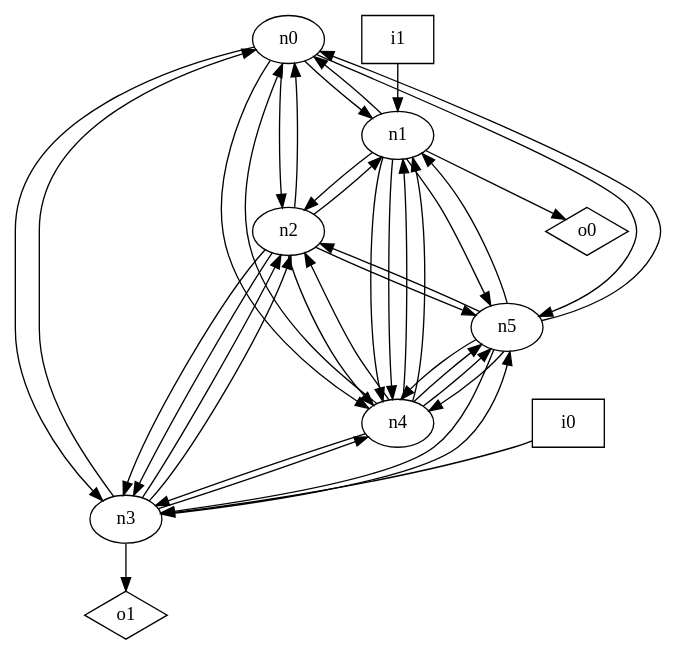
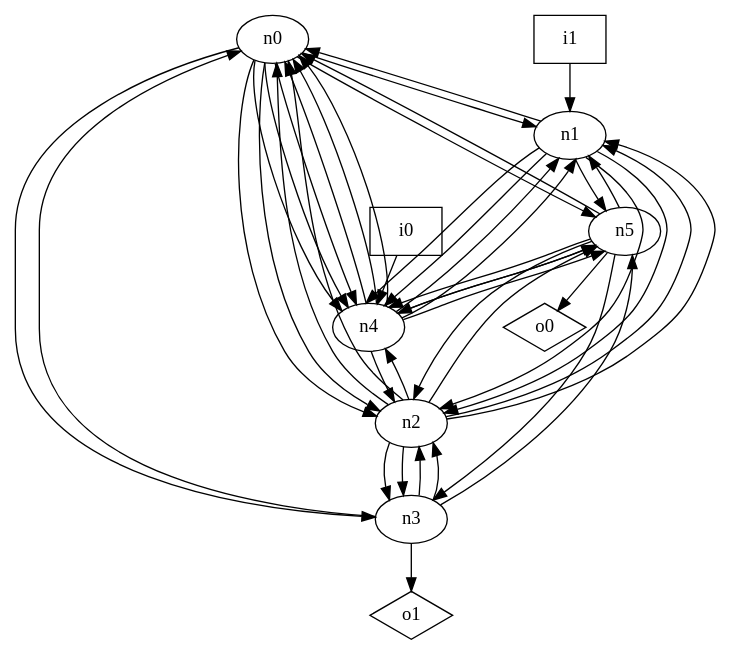
One commit to p9romain/bool-circuits changed the diagram in dot_files/random_graph/undirected_loop_free_graph.dot. Above: the diagram before and after it, drawn with Graphviz. The commit also changed 70 other files, not shown here.

```diff
--- a/dot_files/random_graph/undirected_loop_free_graph.dot
+++ b/dot_files/random_graph/undirected_loop_free_graph.dot
@@ -1,50 +1,56 @@
 digraph G {
 n0 [label="n0"];
 n1 [label="n1"];
 n2 [label="n2"];
 n3 [label="n3"];
 n4 [label="n4"];
 n5 [label="n5"];
 n6 [label="i0",shape="box"];
 n7 [label="i1",shape="box"];
 n8 [label="o0",shape="diamond"];
 n9 [label="o1",shape="diamond"];
 n0 -> n1
 n0 -> n2
+n0 -> n2
 n0 -> n3
+n0 -> n4
+n0 -> n4
 n0 -> n4
 n0 -> n5
 n1 -> n0
 n1 -> n2
+n1 -> n2
 n1 -> n4
 n1 -> n4
 n1 -> n5
-n1 -> n8
 n2 -> n0
+n2 -> n0
+n2 -> n1
 n2 -> n1
 n2 -> n3
 n2 -> n3
 n2 -> n4
 n2 -> n5
 n3 -> n0
 n3 -> n2
 n3 -> n2
-n3 -> n4
 n3 -> n5
 n3 -> n9
+n4 -> n0
+n4 -> n0
 n4 -> n0
 n4 -> n1
 n4 -> n1
 n4 -> n2
-n4 -> n3
 n4 -> n5
 n4 -> n5
 n5 -> n0
 n5 -> n1
 n5 -> n2
 n5 -> n3
 n5 -> n4
 n5 -> n4
-n6 -> n3
+n5 -> n8
+n6 -> n4
 n7 -> n1
 }
```
